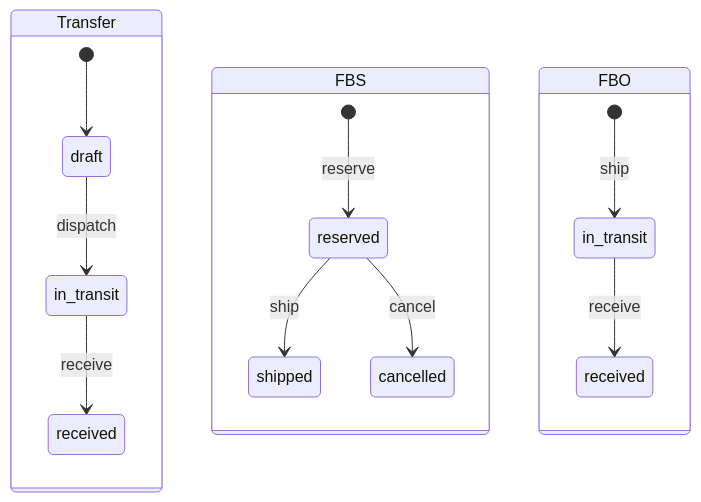
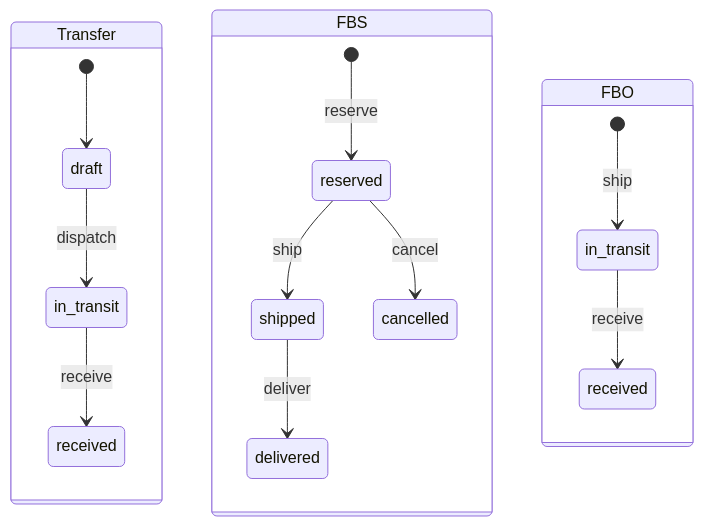
Before and after one commit to vladicem0/CheckStock: the diagram in docs/DECISIONS.md, drawn with Mermaid. The commit also changed other lines of this file and 20 other files, not shown here.

````diff
--- a/docs/DECISIONS.md
+++ b/docs/DECISIONS.md
@@ -11,19 +11,20 @@
 ```mermaid
 stateDiagram-v2
     state Transfer {
         [*] --> draft
         draft --> in_transit: dispatch
         in_transit --> received: receive
     }
     state FBS {
         [*] --> reserved: reserve
         reserved --> shipped: ship
+        shipped --> delivered: deliver
         reserved --> cancelled: cancel
     }
     state FBO {
         state "in_transit" as fbo_in_transit
         state "received" as fbo_received
         [*] --> fbo_in_transit: ship
         fbo_in_transit --> fbo_received: receive
     }
 ```
````
